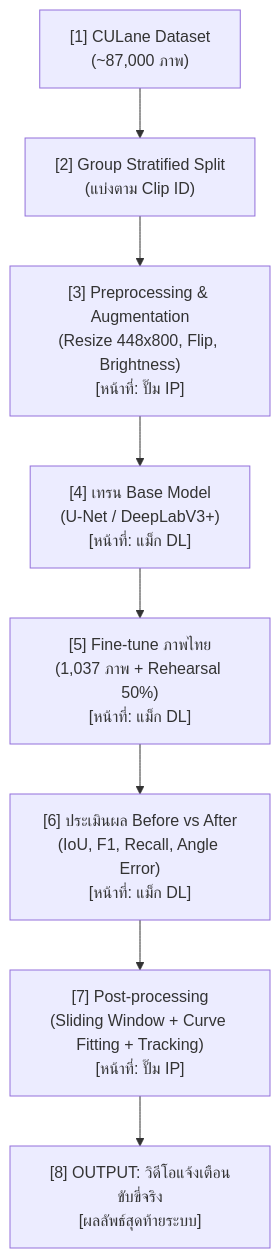
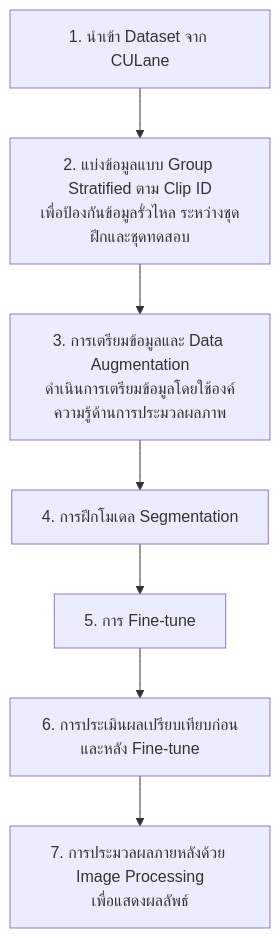
One commit to 660710095/Project-lane-detection-and-Tracking- changed the diagram in cardashcam_train_model/PIPELINE.md. Above: the diagram before and after it, drawn with Mermaid. The commit also changed other lines of this file and 73 other files, not shown here.

````diff
--- a/cardashcam_train_model/PIPELINE.md
+++ b/cardashcam_train_model/PIPELINE.md
@@ -5,10 +5,9 @@
 ```mermaid
 flowchart TD
-    S1["[1] CULane Dataset\n(~87,000 ภาพ)"] --> S2["[2] Group Stratified Split\n(แบ่งตาม Clip ID)"]
-    S2 --> S3["[3] Preprocessing & Augmentation\n(Resize 448x800, Flip, Brightness)\n[หน้าที่: ปั๊ม IP]"]
-    S3 --> S4["[4] เทรน Base Model\n(U-Net / DeepLabV3+)\n[หน้าที่: แม็ก DL]"]
-    S4 --> S5["[5] Fine-tune ภาพไทย\n(1,037 ภาพ + Rehearsal 50%)\n[หน้าที่: แม็ก DL]"]
-    S5 --> S6["[6] ประเมินผล Before vs After\n(IoU, F1, Recall, Angle Error)\n[หน้าที่: แม็ก DL]"]
-    S6 --> S7["[7] Post-processing\n(Sliding Window + Curve Fitting + Tracking)\n[หน้าที่: ปั๊ม IP]"]
-    S7 --> S8["[8] OUTPUT: วิดีโอแจ้งเตือนขับขี่จริง\n[ผลลัพธ์สุดท้ายระบบ]"]
+    S1["1. นำเข้า Dataset จาก CULane"] --> S2["2. แบ่งข้อมูลแบบ Group Stratified ตาม Clip ID\nเพื่อป้องกันข้อมูลรั่วไหล ระหว่างชุดฝึกและชุดทดสอบ"]
+    S2 --> S3["3. การเตรียมข้อมูลและ Data Augmentation\nดำเนินการเตรียมข้อมูลโดยใช้องค์ความรู้ด้านการประมวลผลภาพ"]
+    S3 --> S4["4. การฝึกโมเดล Segmentation"]
+    S4 --> S5["5. การ Fine-tune"]
+    S5 --> S6["6. การประเมินผลเปรียบเทียบก่อนและหลัง Fine-tune"]
+    S6 --> S7["7. การประมวลผลภายหลังด้วย Image Processing\nเพื่อแสดงผลลัพธ์"]
 ```
````
